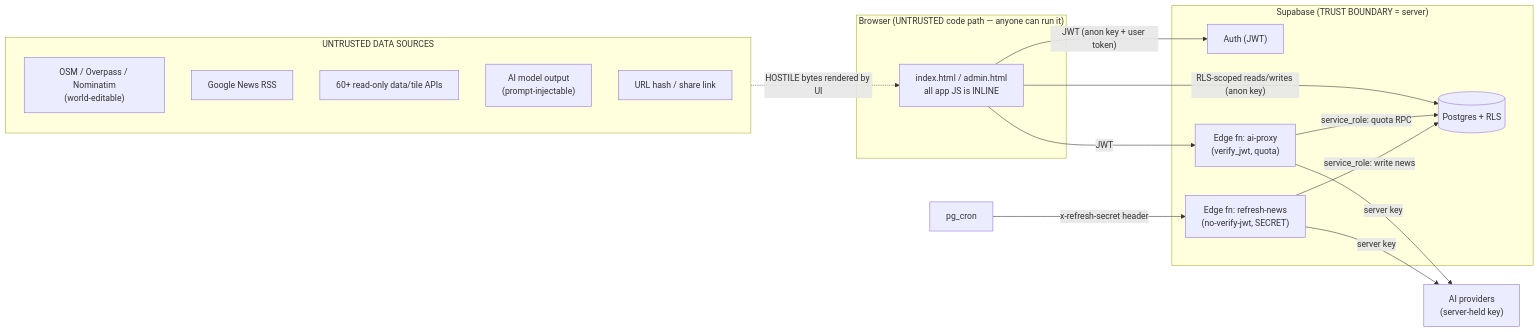
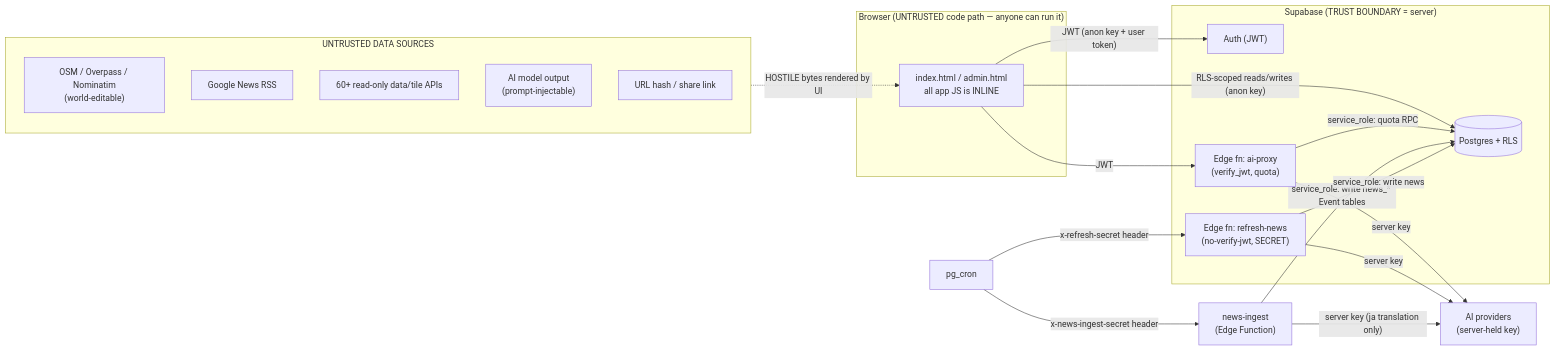
The diagram in docs/SECURITY-ARCHITECTURE.md (rwmqx7dwb5-arch/IntMap), drawn with Mermaid before and after one commit. The commit also changed other lines of this file and 22 other files, not shown here.

````diff
--- a/docs/SECURITY-ARCHITECTURE.md
+++ b/docs/SECURITY-ARCHITECTURE.md
@@ -37,30 +37,33 @@
 ```mermaid
 flowchart LR
   subgraph Browser["Browser (UNTRUSTED code path — anyone can run it)"]
     UI["index.html / admin.html<br/>all app JS is INLINE"]
   end
   subgraph Untrusted["UNTRUSTED DATA SOURCES"]
     OSM["OSM / Overpass / Nominatim<br/>(world-editable)"]
     RSS["Google News RSS"]
     APIs["60+ read-only data/tile APIs"]
     AIout["AI model output<br/>(prompt-injectable)"]
     HASH["URL hash / share link"]
   end
   subgraph Supabase["Supabase (TRUST BOUNDARY = server)"]
     Auth["Auth (JWT)"]
     PG[("Postgres + RLS")]
     AIP["Edge fn: ai-proxy<br/>(verify_jwt, quota)"]
     RN["Edge fn: refresh-news<br/>(no-verify-jwt, SECRET)"]
   end
   Providers["AI providers<br/>(server-held key)"]
 
   UI -- "JWT (anon key + user token)" --> Auth
   UI -- "RLS-scoped reads/writes (anon key)" --> PG
   UI -- "JWT" --> AIP
   AIP -- "server key" --> Providers
   AIP -- "service_role: quota RPC" --> PG
   cron["pg_cron"] -- "x-refresh-secret header" --> RN
+  cron -- "x-news-ingest-secret header" --> NI["news-ingest<br/>(Edge Function)"]
+  NI -- "service_role: write news_* Event tables" --> PG
+  NI -- "server key (ja translation only)" --> Providers
   RN -- "server key" --> Providers
   RN -- "service_role: write news" --> PG
   Untrusted -. "HOSTILE bytes rendered by UI" .-> UI
 ```
````
